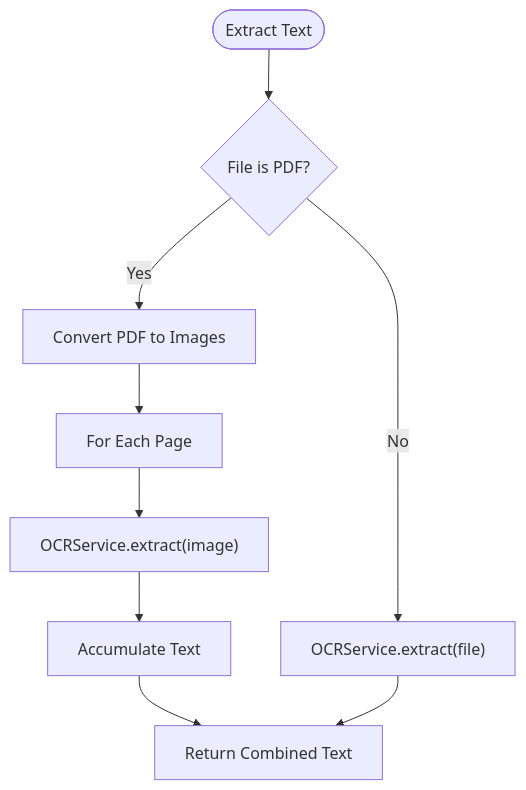
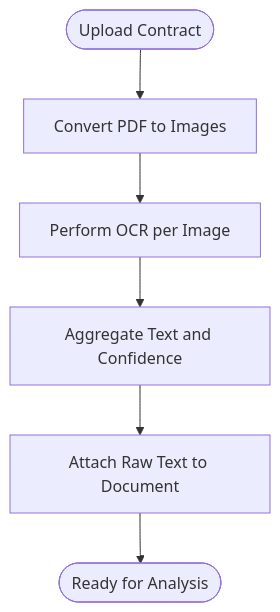
The fourth of 7 diagrams in backend/.qoder/repowiki/en/content/Project Overview/Project Overview.md (HamzaHindo/veritasshield), drawn with Mermaid before and after one commit. The commit also changed other lines of this file and 49 other files, not shown here.

````diff
--- a/backend/.qoder/repowiki/en/content/Project Overview/Project Overview.md
+++ b/backend/.qoder/repowiki/en/content/Project Overview/Project Overview.md
@@ -230,11 +206,8 @@
 ```mermaid
 flowchart TD
-Entry(["Extract Text"]) --> CheckType{"File is PDF?"}
-CheckType --> |Yes| PDFToImages["Convert PDF to Images"]
-PDFToImages --> LoopPages["For Each Page"]
-LoopPages --> OCR["OCRService.extract(image)"]
-OCR --> Accumulate["Accumulate Text"]
-CheckType --> |No| DirectOCR["OCRService.extract(file)"]
-Accumulate --> Return["Return Combined Text"]
-DirectOCR --> Return
+Start(["Upload Contract"]) --> PDFToImages["Convert PDF to Images"]
+PDFToImages --> OCR["Perform OCR per Image"]
+OCR --> Aggregate["Aggregate Text and Confidence"]
+Aggregate --> SaveText["Attach Raw Text to Document"]
+SaveText --> End(["Ready for Analysis"])
 ```
````
